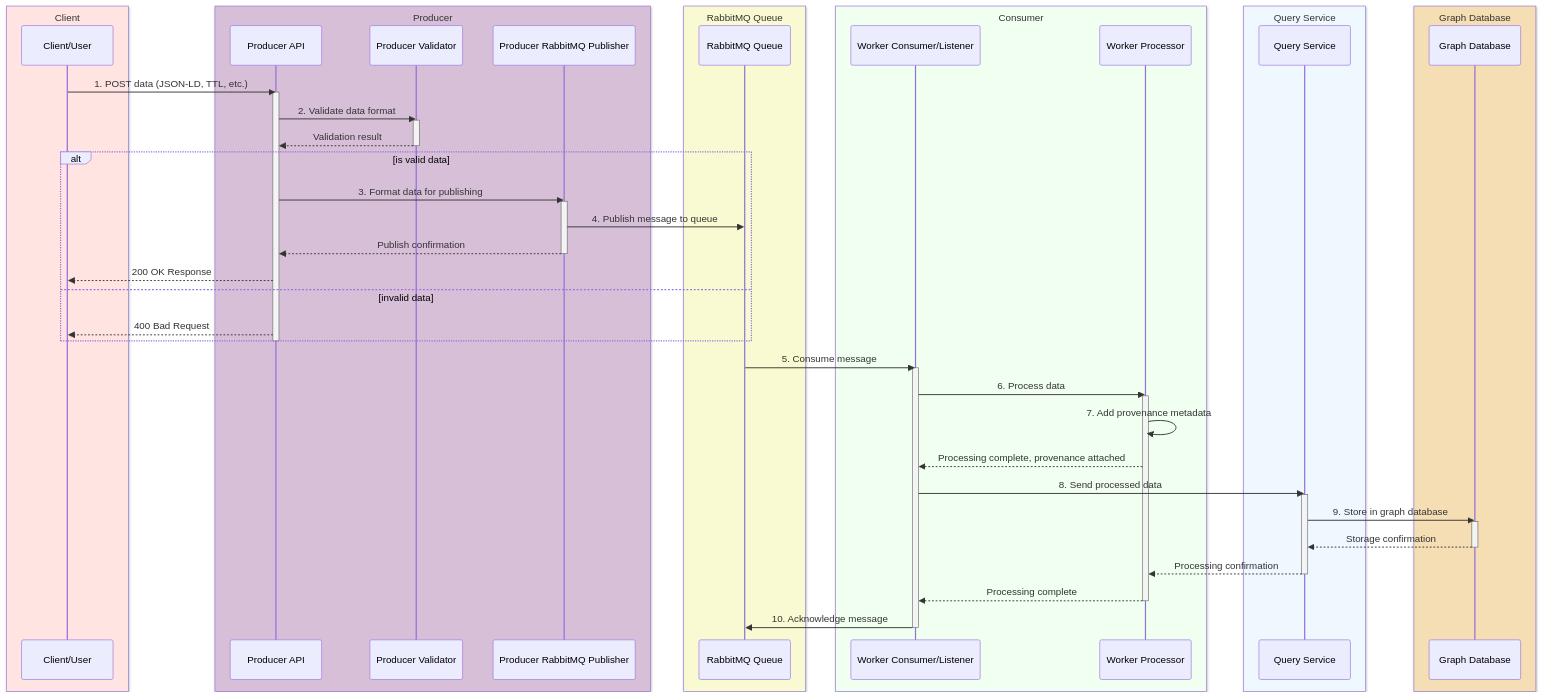
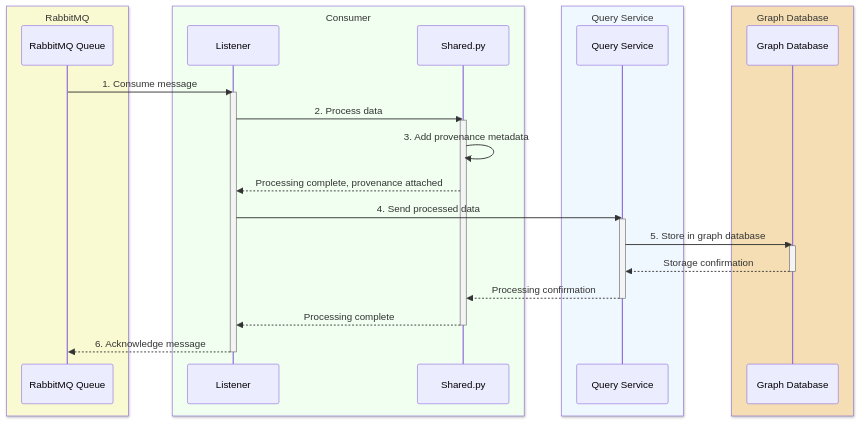
Before and after one commit to sensein/brainkbdocs: the second of 2 diagrams in docs/ingestion_service.md, drawn with Mermaid.

Commit message:
split the mermaid diagram into two (producer and consumer) mermaid diagram to improve readability

````diff
--- a/docs/ingestion_service.md
+++ b/docs/ingestion_service.md
@@ -6,23 +45,14 @@
 ```{mermaid} 
 sequenceDiagram
     %% Client/User on the left
-    box MistyRose Client
-        participant Client as Client/User
-    end
-
-    box Thistle Producer
-        participant API as Producer API
-        participant Validator as Producer Validator
-        participant Publisher as Producer RabbitMQ Publisher
-    end
-
-    box LightGoldenRodYellow RabbitMQ Queue
+    
+    box LightGoldenRodYellow RabbitMQ 
         participant RabbitMQ as RabbitMQ Queue
     end
 
     box HoneyDew Consumer
-        participant Consumer as Worker Consumer/Listener
-        participant Processor as Worker Processor
+        participant Consumer as Listener
+        participant Processor as  Shared.py
     end
 
     box AliceBlue Query Service
@@ -32,47 +62,27 @@
     box Wheat Graph Database
         participant GraphDB as Graph Database
     end
-
-    %% Client submits data
-    Client->>API: 1. POST data (JSON-LD, TTL, etc.)
-    activate API
-    
-    %% Producer service validates and publishes
-    API->>Validator: 2. Validate data format
-    activate Validator
-    Validator-->>API: Validation result
-    deactivate Validator
-    
-    alt is valid data
-        API->>Publisher: 3. Format data for publishing
-        activate Publisher
-        Publisher->>RabbitMQ: 4. Publish message to queue
-        Publisher-->>API: Publish confirmation
-        deactivate Publisher
-        API-->>Client: 200 OK Response
-    else invalid data
-        API-->>Client: 400 Bad Request
-    end
-    deactivate API
+ 
+      
     
     %% Worker service processes the message
-    RabbitMQ->>Consumer: 5. Consume message
+    RabbitMQ->>Consumer: 1. Consume message
     activate Consumer
-    Consumer->>Processor: 6. Process data
+    Consumer->>Processor: 2. Process data
     activate Processor
     
     %% Processing steps
-    Processor->>Processor: 7. Add provenance metadata
+    Processor->>Processor: 3. Add provenance metadata
     
     %% Acknowledge message
     Processor-->>Consumer: Processing complete, provenance attached
 
     %% Send to query service
-    Consumer->>QueryService: 8. Send processed data
+    Consumer->>QueryService: 4. Send processed data
     activate QueryService
     
     %% Store in database
-    QueryService->>GraphDB: 9. Store in graph database
+    QueryService->>GraphDB: 5. Store in graph database
     activate GraphDB
     GraphDB-->>QueryService: Storage confirmation
     deactivate GraphDB
@@ -83,6 +93,6 @@
     %% Acknowledge message
     Processor-->>Consumer: Processing complete
     deactivate Processor
-    Consumer->>RabbitMQ: 10. Acknowledge message
+    Consumer-->>RabbitMQ: 6. Acknowledge message
     deactivate Consumer 
 ```
````
